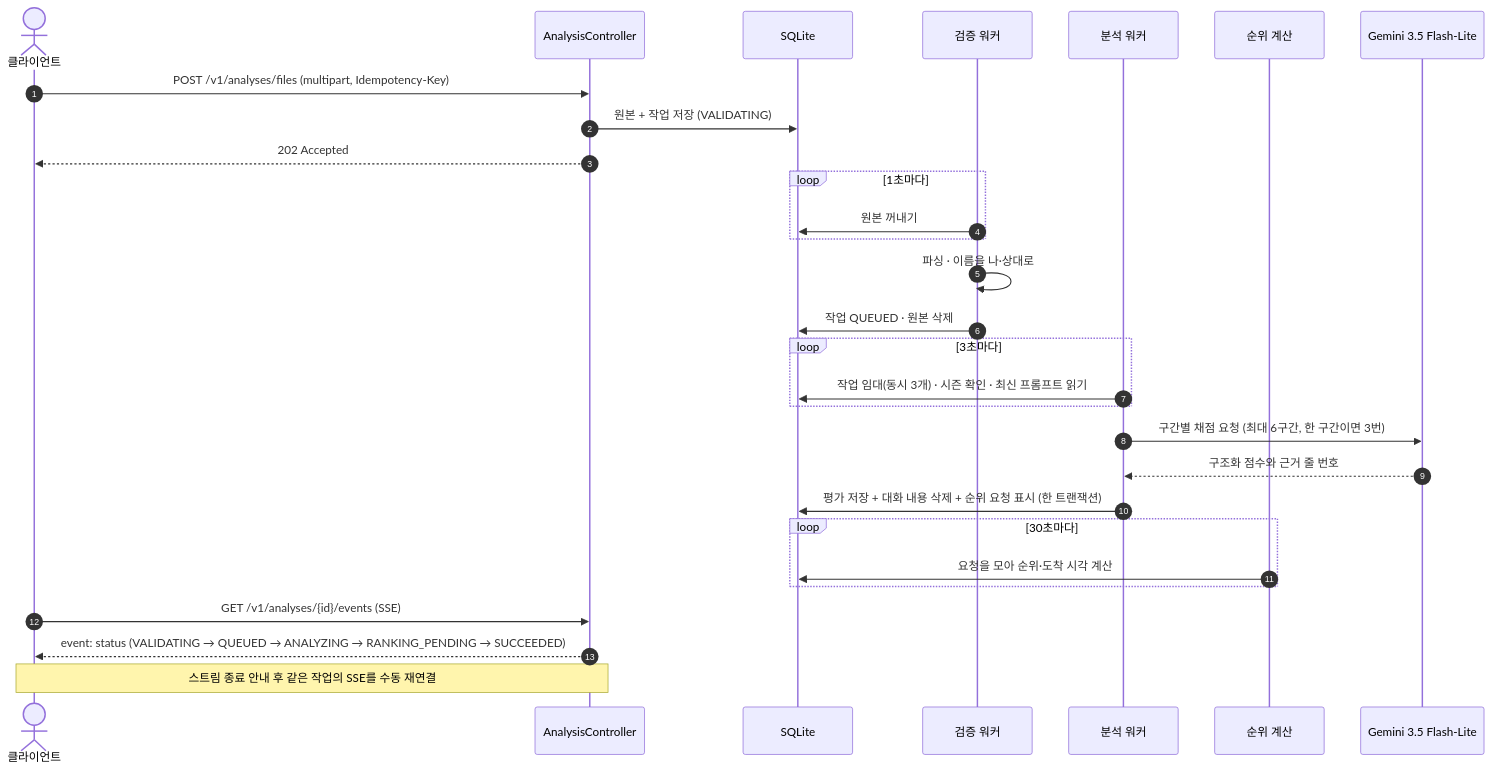
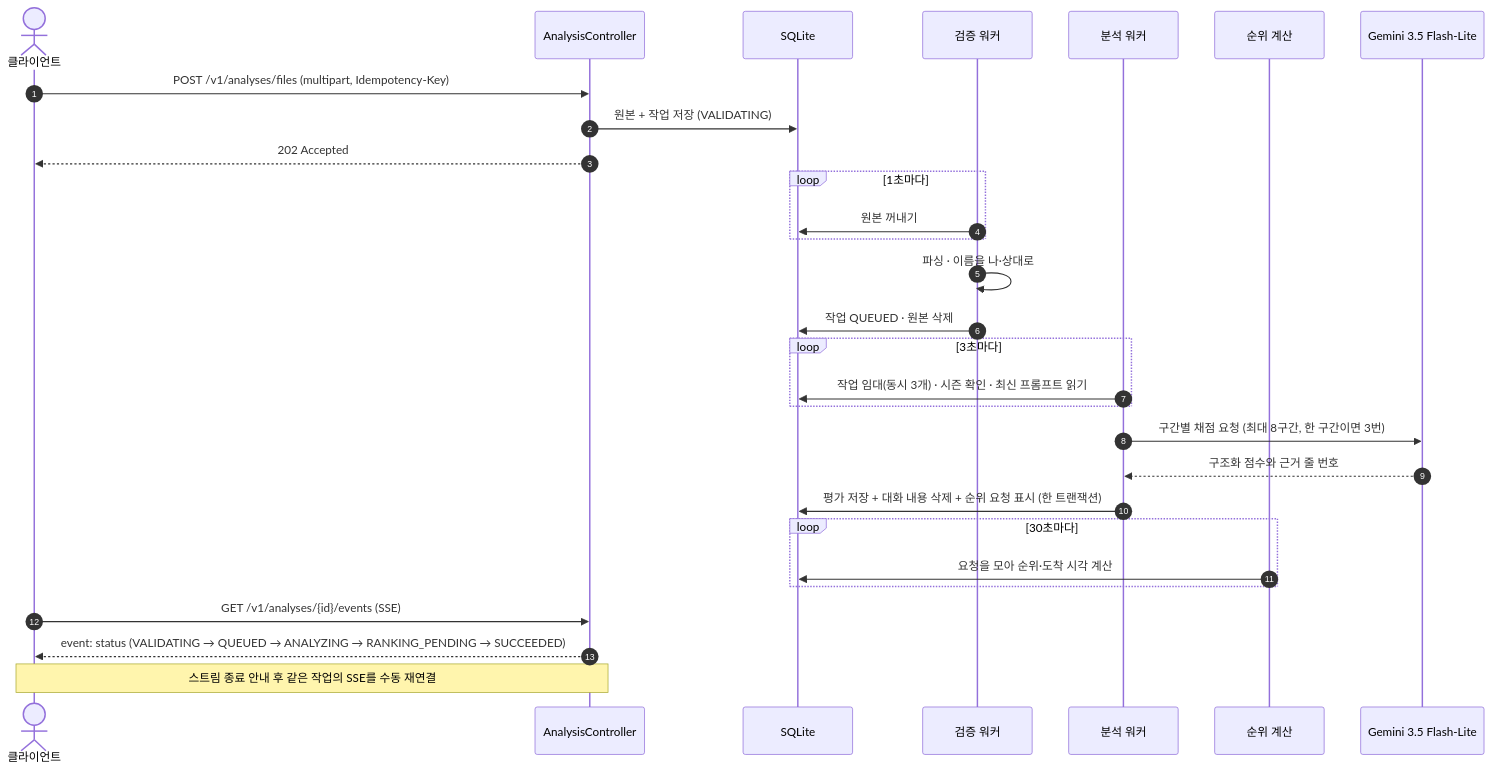
One commit to yooni9ue/santacut changed the diagram in backend/README.md. Above: the diagram before and after it, drawn with Mermaid. The commit also changed other lines of this file and 12 other files, not shown here.

````diff
--- a/backend/README.md
+++ b/backend/README.md
@@ -129,31 +129,31 @@
 ```mermaid
 sequenceDiagram
     autonumber
     actor C as 클라이언트
     participant API as AnalysisController
     participant DB as SQLite
     participant V as 검증 워커
     participant W as 분석 워커
     participant R as 순위 계산
     participant AI as Gemini 3.5 Flash-Lite
     C->>API: POST /v1/analyses/files (multipart, Idempotency-Key)
     API->>DB: 원본 + 작업 저장 (VALIDATING)
     API-->>C: 202 Accepted
     loop 1초마다
         V->>DB: 원본 꺼내기
     end
     V->>V: 파싱 · 이름을 나·상대로
     V->>DB: 작업 QUEUED · 원본 삭제
     loop 3초마다
         W->>DB: 작업 임대(동시 3개) · 시즌 확인 · 최신 프롬프트 읽기
     end
-    W->>AI: 구간별 채점 요청 (최대 6구간, 한 구간이면 3번)
+    W->>AI: 구간별 채점 요청 (최대 8구간, 한 구간이면 3번)
     AI-->>W: 구조화 점수와 근거 줄 번호
     W->>DB: 평가 저장 + 대화 내용 삭제 + 순위 요청 표시 (한 트랜잭션)
     loop 30초마다
         R->>DB: 요청을 모아 순위·도착 시각 계산
     end
     C->>API: GET /v1/analyses/{id}/events (SSE)
     API-->>C: event: status (VALIDATING → QUEUED → ANALYZING → RANKING_PENDING → SUCCEEDED)
     Note over C,API: 스트림 종료 안내 후 같은 작업의 SSE를 수동 재연결
 ```
````
